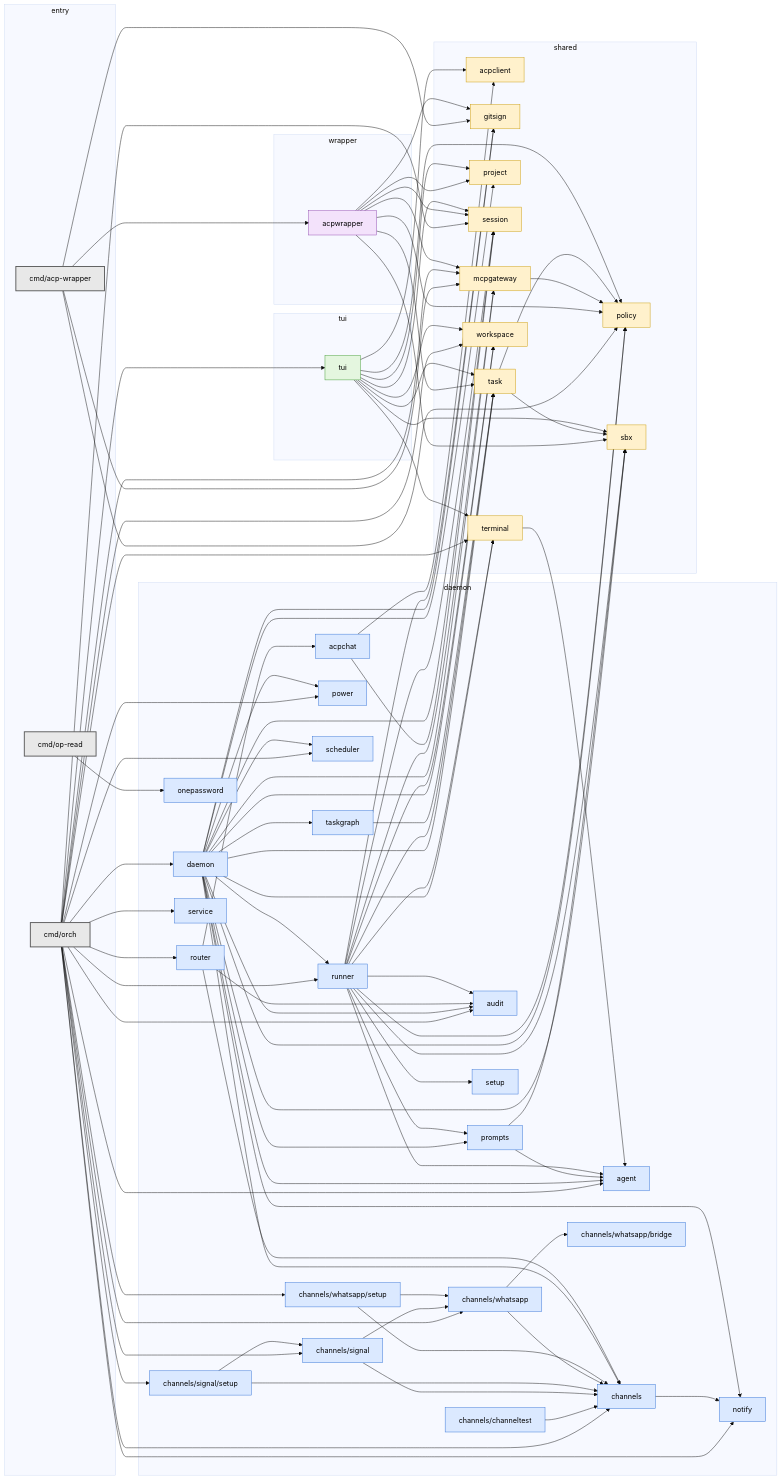
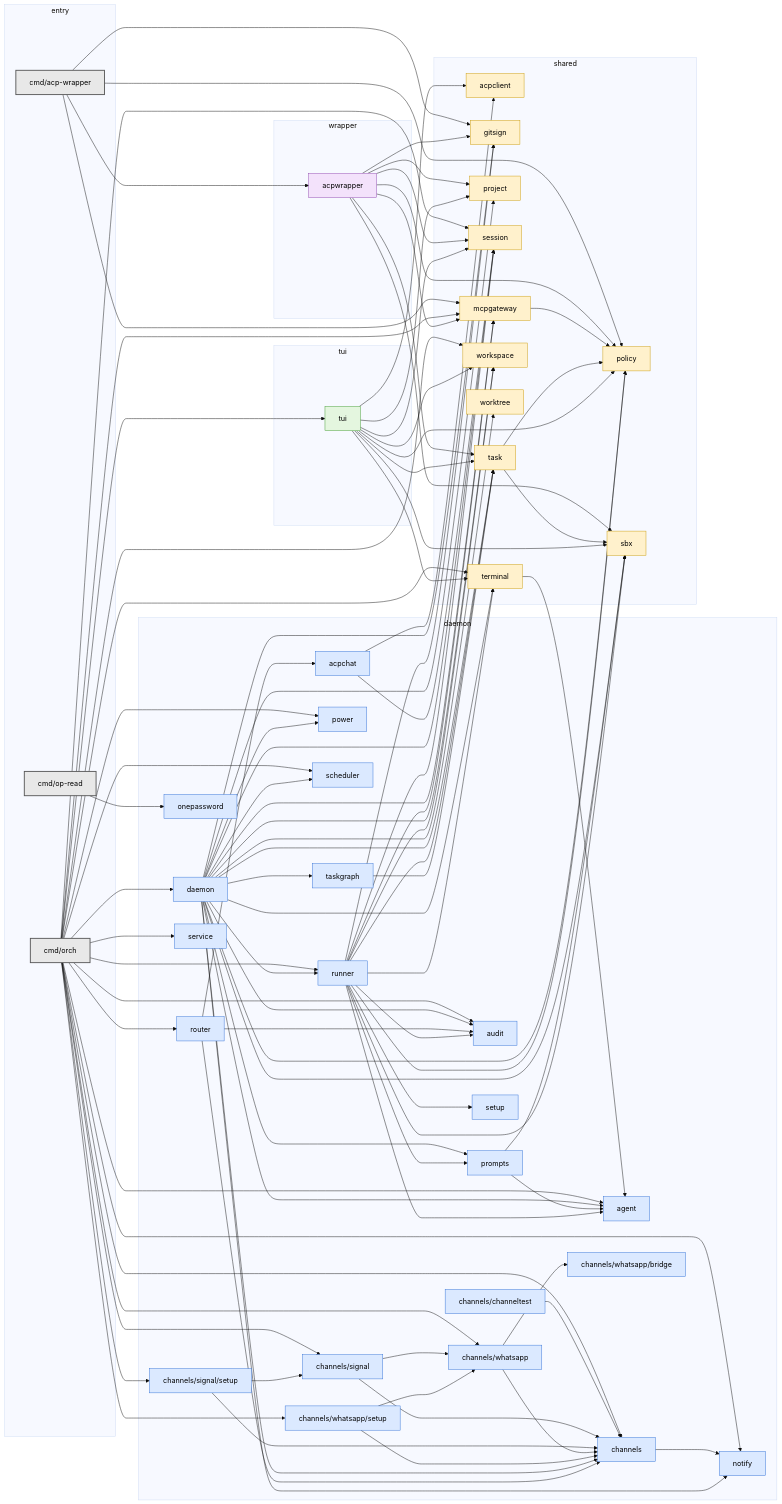
One commit to slimslenderslacks/workingman changed the diagram in docs/packages.md. Above: the diagram before and after it, drawn with Mermaid (base theme). The commit also changed other lines of this file and 29 other files, not shown here.

````diff
--- a/docs/packages.md
+++ b/docs/packages.md
@@ -99,6 +100,7 @@
     internal_task["task"]
     internal_terminal["terminal"]
     internal_workspace["workspace"]
+    internal_worktree["worktree"]
   end
   subgraph grp_wrapper["wrapper"]
     internal_acpwrapper["acpwrapper"]
@@ -165,6 +167,7 @@
   internal_daemon --> internal_taskgraph
   internal_daemon --> internal_terminal
   internal_daemon --> internal_workspace
+  internal_daemon --> internal_worktree
   internal_mcpgateway --> internal_policy
   internal_prompts --> internal_agent
   internal_prompts --> internal_sbx
@@ -203,7 +206,7 @@
   classDef tui fill:#e4f6df,stroke:#3c9a2c,color:#000
   class internal_tui tui
   classDef shared fill:#fff1cc,stroke:#c99a06,color:#000
-  class internal_acpclient,internal_gitsign,internal_mcpgateway,internal_policy,internal_project,internal_sbx,internal_session,internal_task,internal_terminal,internal_workspace shared
+  class internal_acpclient,internal_gitsign,internal_mcpgateway,internal_policy,internal_project,internal_sbx,internal_session,internal_task,internal_terminal,internal_workspace,internal_worktree shared
   classDef wrapper fill:#f3e2fb,stroke:#8e44ad,color:#000
   class internal_acpwrapper wrapper
 ```
````
